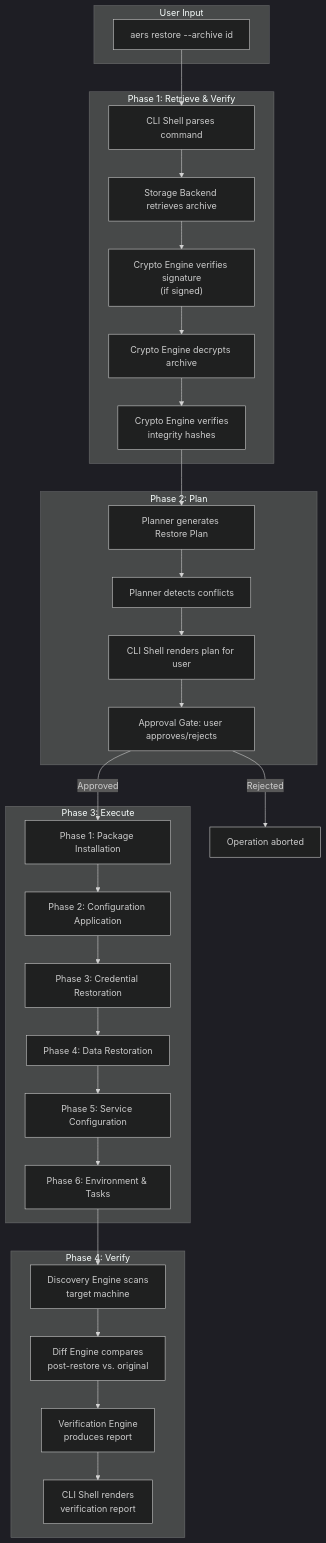
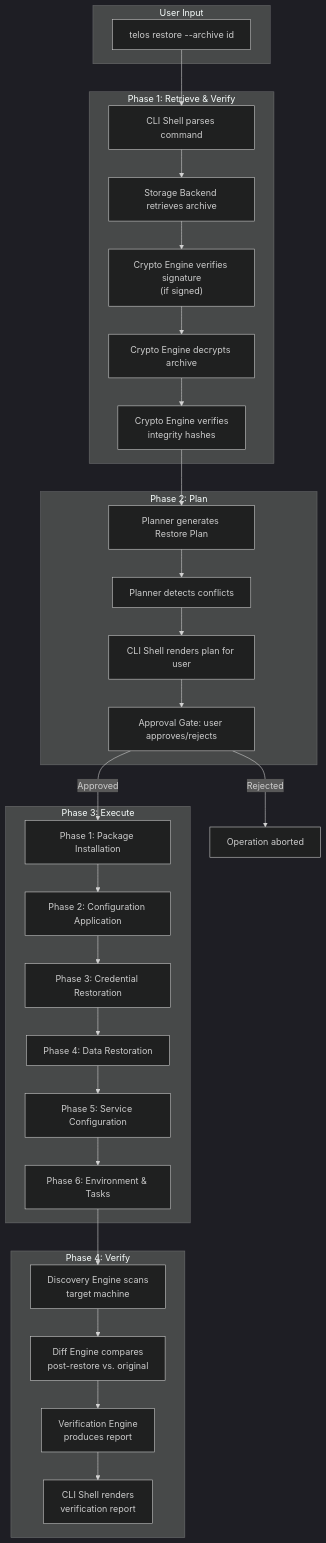
Before and after one commit to temanhattan/Telos: the fourth of 5 diagrams in docs/02_Architecture.md, drawn with Mermaid (dark theme). The commit also changed other lines of this file and 25 other files, not shown here.

````diff
--- a/docs/02_Architecture.md
+++ b/docs/02_Architecture.md
@@ -937,43 +937,43 @@
 ```mermaid
 flowchart TD
     subgraph INPUT["User Input"]
-        CMD["aers restore --archive id"]
+        CMD["telos restore --archive id"]
     end
 
     subgraph RETRIEVE["Phase 1: Retrieve & Verify"]
         R1["CLI Shell parses command"]
         R2["Storage Backend retrieves archive"]
         R3["Crypto Engine verifies signature\n(if signed)"]
         R4["Crypto Engine decrypts archive"]
         R5["Crypto Engine verifies\nintegrity hashes"]
     end
 
     subgraph PLAN["Phase 2: Plan"]
         P1["Planner generates Restore Plan"]
         P2["Planner detects conflicts"]
         P3["CLI Shell renders plan for user"]
         P4["Approval Gate: user approves/rejects"]
     end
 
     subgraph EXECUTE["Phase 3: Execute"]
         E1["Phase 1: Package Installation"]
         E2["Phase 2: Configuration Application"]
         E3["Phase 3: Credential Restoration"]
         E4["Phase 4: Data Restoration"]
         E5["Phase 5: Service Configuration"]
         E6["Phase 6: Environment & Tasks"]
     end
 
     subgraph VERIFY["Phase 4: Verify"]
         V1["Discovery Engine scans\ntarget machine"]
         V2["Diff Engine compares\npost-restore vs. original"]
         V3["Verification Engine\nproduces report"]
         V4["CLI Shell renders\nverification report"]
     end
 
     CMD --> R1 --> R2 --> R3 --> R4 --> R5
     R5 --> P1 --> P2 --> P3 --> P4
     P4 -->|"Approved"| E1 --> E2 --> E3 --> E4 --> E5 --> E6
     P4 -->|"Rejected"| ABORT["Operation aborted"]
     E6 --> V1 --> V2 --> V3 --> V4
 ```
````
